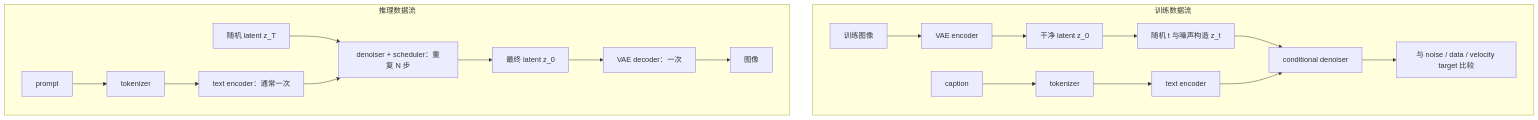
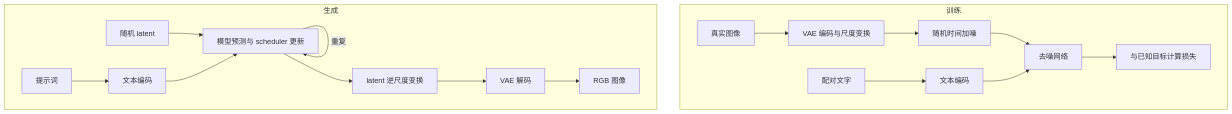
Before and after one commit to Charles2530/Charles-AI-notes: the second of 2 diagrams in files/diffusion/architecture-and-stable-diffusion.md, drawn with Mermaid. The commit also changed other lines of this file and 954 other files, not shown here.

````diff
--- a/files/diffusion/architecture-and-stable-diffusion.md
+++ b/files/diffusion/architecture-and-stable-diffusion.md
@@ -150,23 +74,21 @@
 ```mermaid
 %% stable-diffusion-training-inference
 flowchart TB
-  subgraph Train[训练数据流]
-    Image[训练图像] --> Enc[VAE encoder]
-    Enc --> Z0[干净 latent z_0]
-    Z0 --> Add[随机 t 与噪声构造 z_t]
-    Caption[caption] --> Tok[tokenizer]
-    Tok --> Text[text encoder]
-    Add --> Den[conditional denoiser]
-    Text --> Den
-    Den --> Loss[与 noise / data / velocity target 比较]
+  subgraph Train[训练]
+    Image[真实图像] --> Enc[VAE 编码与尺度变换]
+    Enc --> Add[随机时间加噪]
+    Caption[配对文字] --> Text[文本编码]
+    Add --> Net[去噪网络]
+    Text --> Net
+    Net --> Loss[与已知目标计算损失]
   end
-  subgraph Infer[推理数据流]
-    Prompt[prompt] --> Tok2[tokenizer]
-    Tok2 --> Text2[text encoder：通常一次]
-    Noise[随机 latent z_T] --> Loop[denoiser + scheduler：重复 N 步]
+  subgraph Inference[生成]
+    Prompt[提示词] --> Text2[文本编码]
+    Noise[随机 latent] --> Loop[模型预测与 scheduler 更新]
     Text2 --> Loop
-    Loop --> Z0p[最终 latent z_0]
-    Z0p --> Dec[VAE decoder：一次]
-    Dec --> Out[图像]
+    Loop -->|重复| Loop
+    Loop --> Scale[latent 逆尺度变换]
+    Scale --> Decode[VAE 解码]
+    Decode --> RGB[RGB 图像]
   end
 ```
````
